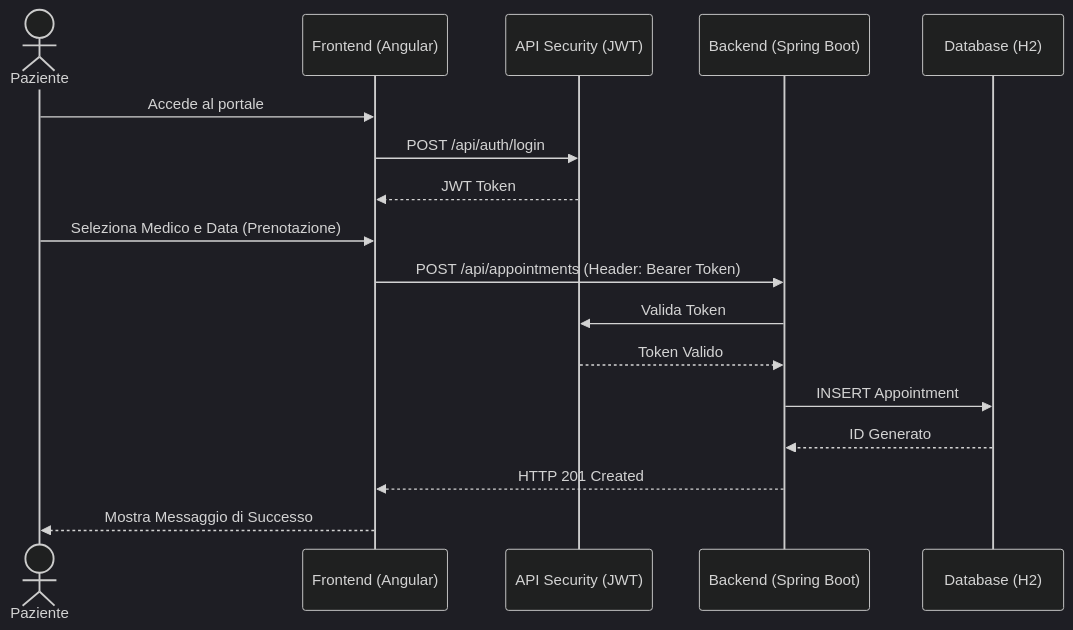
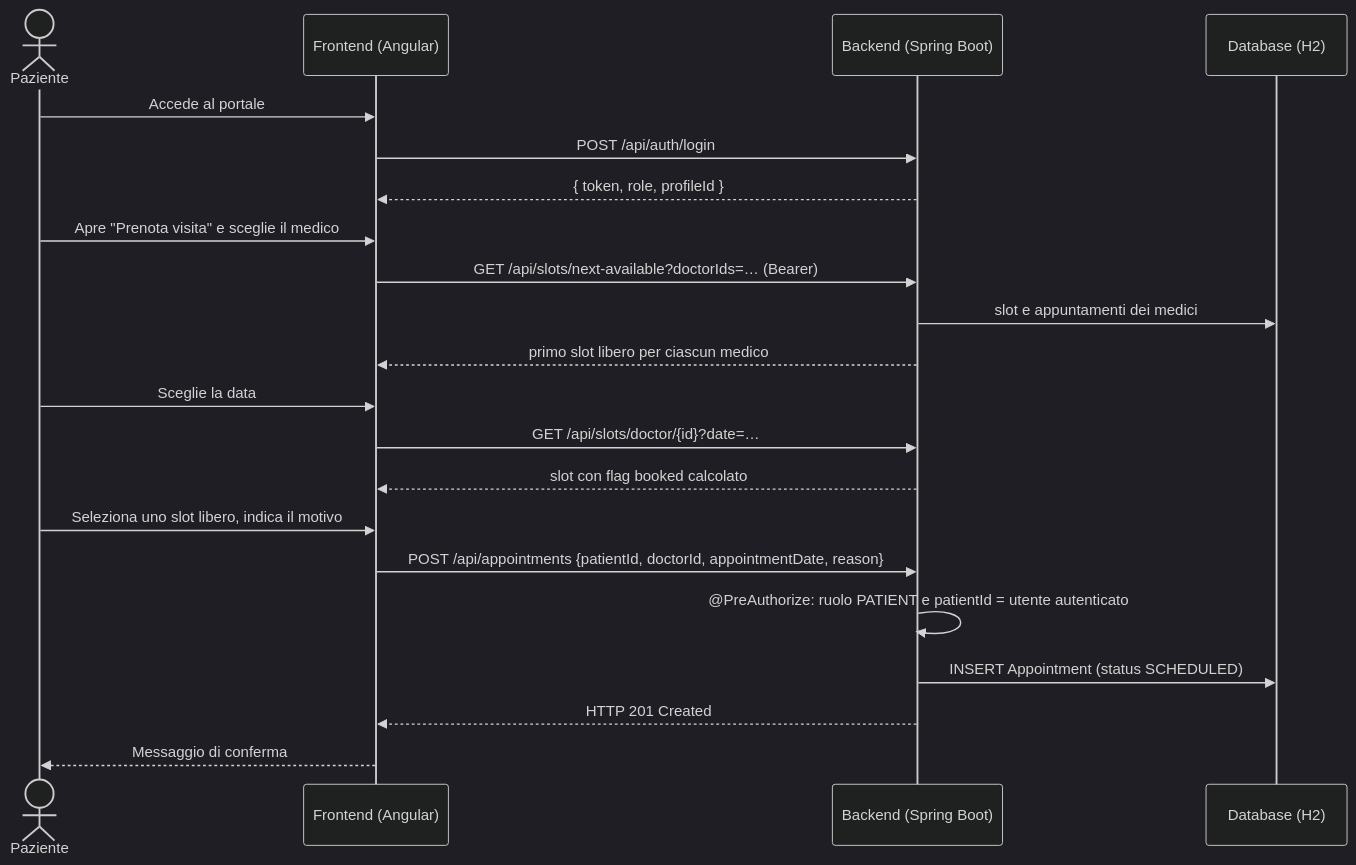
The seventh of 11 diagrams in doc/2-Design_Architetturale.md (acapodanno/project-work-l-31), drawn with Mermaid (dark theme) before and after one commit. The commit also changed other lines of this file and 32 other files, not shown here.

````diff
--- a/doc/2-Design_Architetturale.md
+++ b/doc/2-Design_Architetturale.md
@@ -105,20 +276,24 @@
 ```mermaid
 sequenceDiagram
     actor P as Paziente
     participant F as Frontend (Angular)
-    participant S as API Security (JWT)
     participant B as Backend (Spring Boot)
     participant DB as Database (H2)
 
     P->>F: Accede al portale
-    F->>S: POST /api/auth/login
-    S-->>F: JWT Token
-    P->>F: Seleziona Medico e Data (Prenotazione)
-    F->>B: POST /api/appointments (Header: Bearer Token)
-    B->>S: Valida Token
-    S-->>B: Token Valido
-    B->>DB: INSERT Appointment
-    DB-->>B: ID Generato
+    F->>B: POST /api/auth/login
+    B-->>F: { token, role, profileId }
+    P->>F: Apre "Prenota visita" e sceglie il medico
+    F->>B: GET /api/slots/next-available?doctorIds=… (Bearer)
+    B->>DB: slot e appuntamenti dei medici
+    B-->>F: primo slot libero per ciascun medico
+    P->>F: Sceglie la data
+    F->>B: GET /api/slots/doctor/{id}?date=…
+    B-->>F: slot con flag booked calcolato
+    P->>F: Seleziona uno slot libero, indica il motivo
+    F->>B: POST /api/appointments {patientId, doctorId, appointmentDate, reason}
+    B->>B: @PreAuthorize: ruolo PATIENT e patientId = utente autenticato
+    B->>DB: INSERT Appointment (status SCHEDULED)
     B-->>F: HTTP 201 Created
-    F-->>P: Mostra Messaggio di Successo
+    F-->>P: Messaggio di conferma
 ```
````
